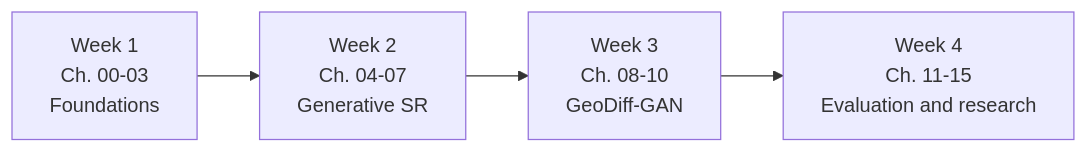
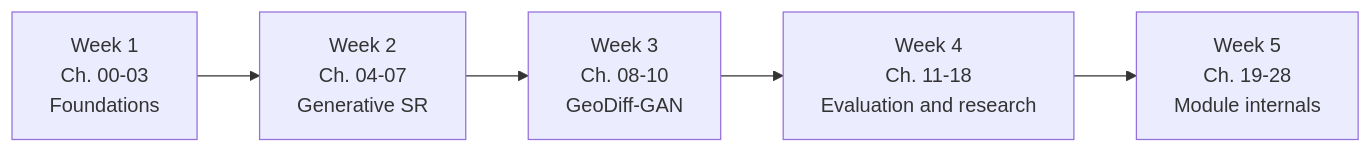
The first of 2 diagrams in learning/README.md (shashankjs2002/SI-SR-1), drawn with Mermaid before and after one commit. The commit also changed other lines of this file and 12 other files, not shown here.

````diff
--- a/learning/README.md
+++ b/learning/README.md
@@ -48,7 +60,8 @@
 ```mermaid
 flowchart LR
     A["Week 1<br/>Ch. 00-03<br/>Foundations"] -->
     B["Week 2<br/>Ch. 04-07<br/>Generative SR"] -->
     C["Week 3<br/>Ch. 08-10<br/>GeoDiff-GAN"] -->
-    D["Week 4<br/>Ch. 11-15<br/>Evaluation and research"]
+    D["Week 4<br/>Ch. 11-18<br/>Evaluation and research"] -->
+    E["Week 5<br/>Ch. 19-28<br/>Module internals"]
 ```
````
